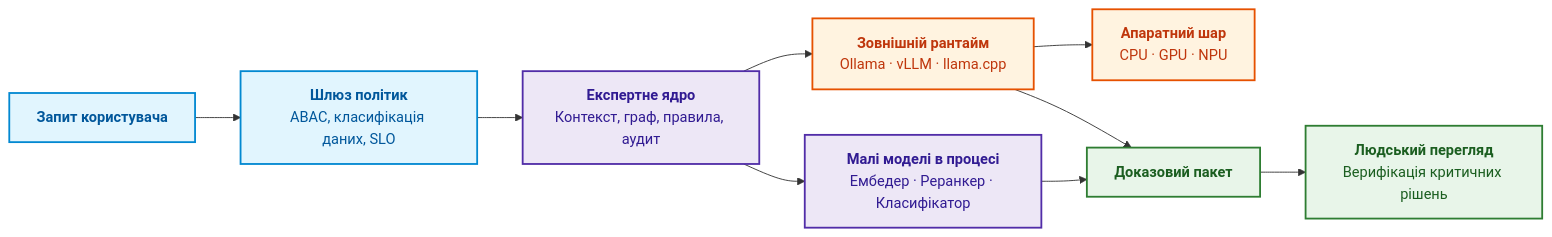
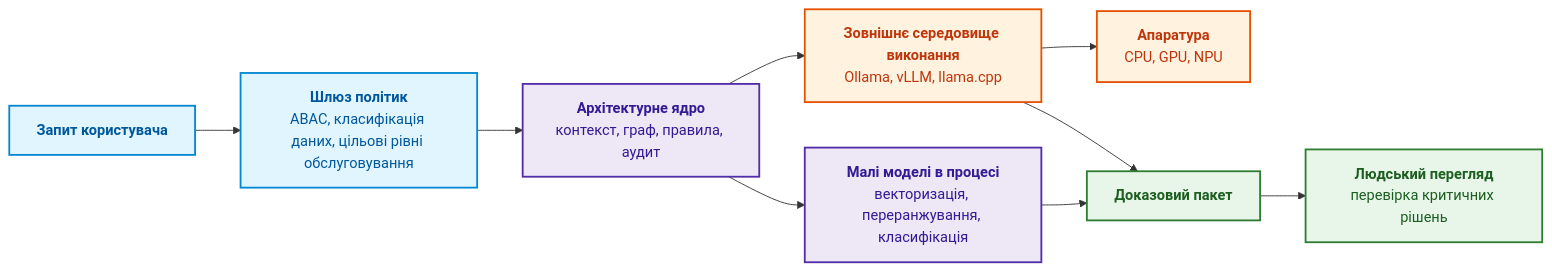
One commit to nick-fedchik/articles changed the second of 7 diagrams in ExpertSystem/ch18-execution-infrastructure.md. Above: the diagram before and after it, drawn with Mermaid. The commit also changed other lines of this file, not shown here.

````diff
--- a/ExpertSystem/ch18-execution-infrastructure.md
+++ b/ExpertSystem/ch18-execution-infrastructure.md
@@ -66,24 +95,24 @@
 ```mermaid
 flowchart LR
-    accTitle: Архітектура координатора виконання експертної системи
-    accDescr: Проходження запиту через шар політик, ядро координатора, моделі в процесі та зовнішній рантайм до формування доказового пакета.
+    accTitle: Координатор виконання експертної системи
+    accDescr: Запит проходить шлюз політик і архітектурне ядро, яке викликає малі моделі в процесі та зовнішнє середовище виконання, а результати збираються в доказовий пакет для людського перегляду.
 
-    Q["<b>Запит користувача</b>"] --> P["<b>Шлюз політик</b><br/>ABAC, класифікація даних, SLO"]
-    P --> C["<b>Експертне ядро</b><br/>Контекст, граф, правила, аудит"]
-    C --> S["<b>Малі моделі в процесі</b><br/>Ембедер · Реранкер · Класифікатор"]
-    C --> R["<b>Зовнішній рантайм</b><br/>Ollama · vLLM · llama.cpp"]
-    R --> A["<b>Апаратний шар</b><br/>CPU · GPU · NPU"]
+    Q["<b>Запит користувача</b>"] --> P["<b>Шлюз політик</b><br/>ABAC, класифікація даних, цільові рівні обслуговування"]
+    P --> C["<b>Архітектурне ядро</b><br/>контекст, граф, правила, аудит"]
+    C --> S["<b>Малі моделі в процесі</b><br/>векторизація, переранжування, класифікація"]
+    C --> R["<b>Зовнішнє середовище виконання</b><br/>Ollama, vLLM, llama.cpp"]
+    R --> A["<b>Апаратура</b><br/>CPU, GPU, NPU"]
     S --> E["<b>Доказовий пакет</b>"]
     R --> E
-    E --> H["<b>Людський перегляд</b><br/>Верифікація критичних рішень"]
+    E --> H["<b>Людський перегляд</b><br/>перевірка критичних рішень"]
 
     classDef in fill:#e1f5fe,stroke:#0288d1,stroke-width:2px,color:#01579b;
     classDef core fill:#ede7f6,stroke:#512da8,stroke-width:2px,color:#311b92;
     classDef rt fill:#fff3e0,stroke:#e65100,stroke-width:2px,color:#bf360c;
     classDef out fill:#e8f5e9,stroke:#2e7d32,stroke-width:2px,color:#1b5e20;
 
     class Q,P in;
     class C,S core;
     class R,A rt;
     class E,H out;
 ```
````
